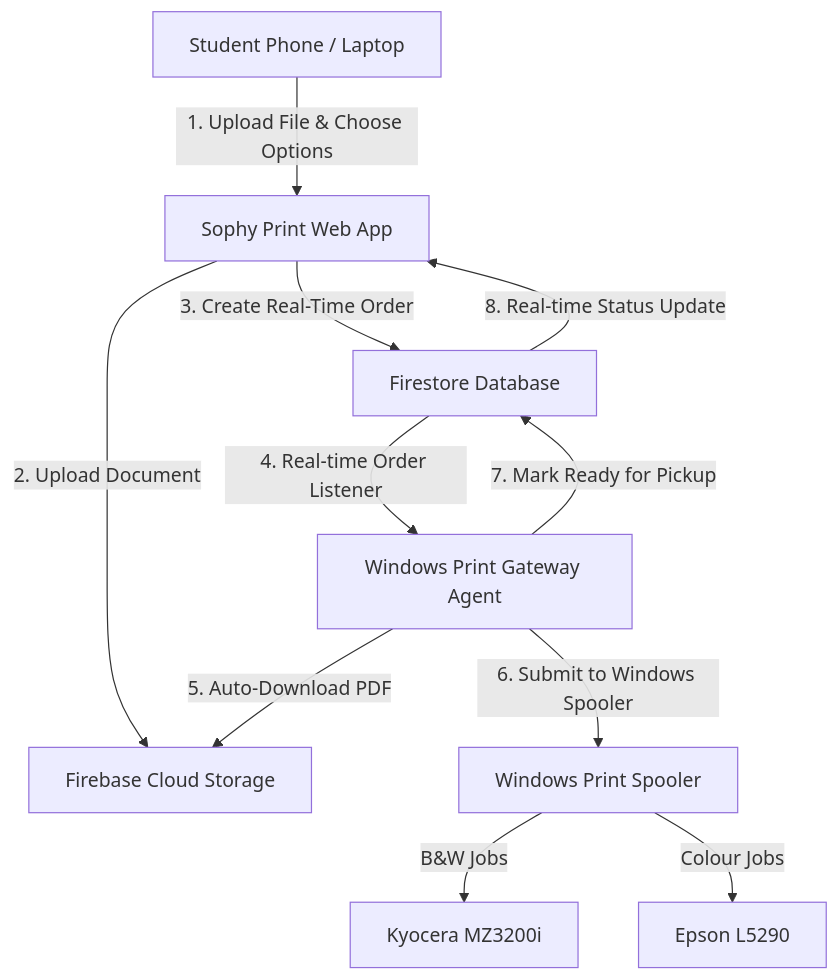
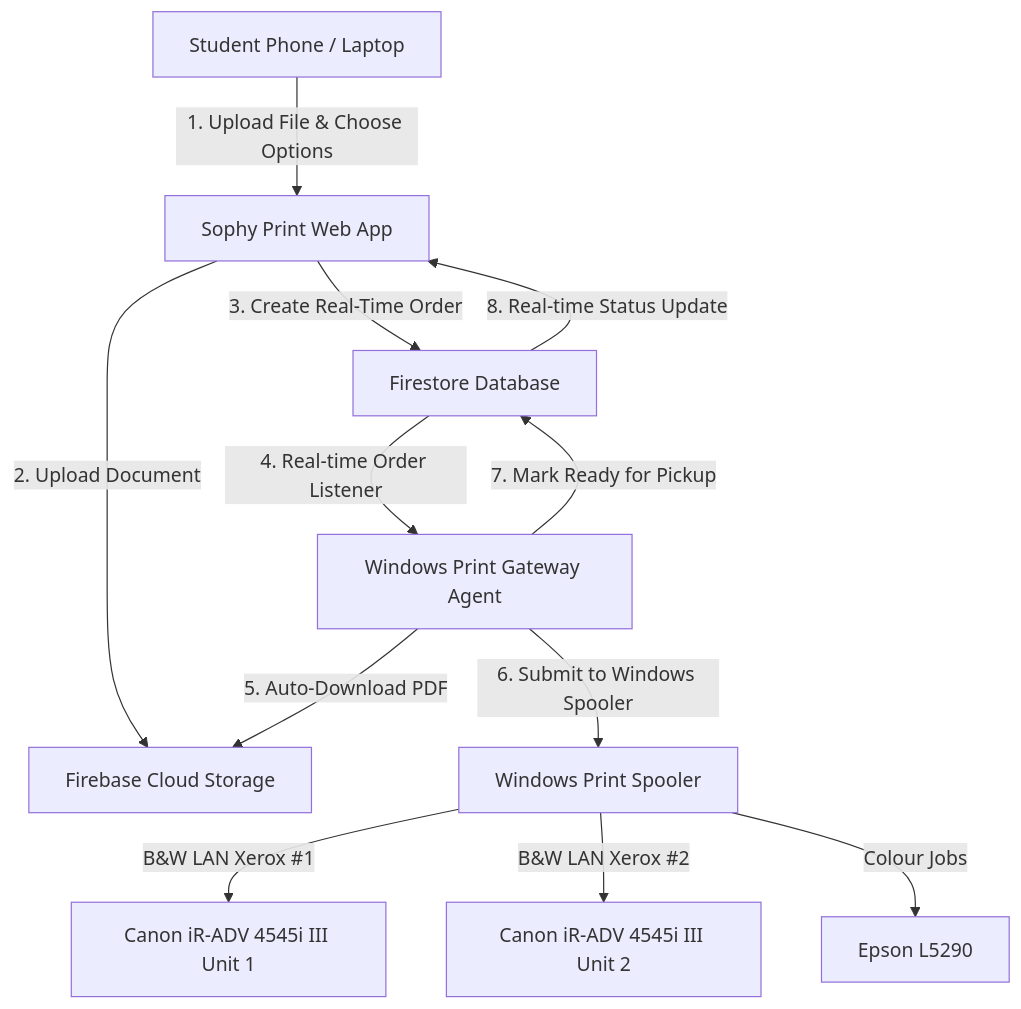
One commit to Doutly/sophy_print changed the diagram in README.md. Above: the diagram before and after it, drawn with Mermaid. The commit also changed other lines of this file and 9 other files, not shown here.

Commit message:
feat(hardware): integrate dual Canon imageRUNNER ADVANCE 4545i III LAN printers with round-robin spooling

````diff
--- a/README.md
+++ b/README.md
@@ -27,13 +27,14 @@
 ```mermaid
 graph TD
     A[Student Phone / Laptop] -->|1. Upload File & Choose Options| B[Sophy Print Web App]
     B -->|2. Upload Document| C[Firebase Cloud Storage]
     B -->|3. Create Real-Time Order| D[Firestore Database]
     D -->|4. Real-time Order Listener| E[Windows Print Gateway Agent]
     E -->|5. Auto-Download PDF| C
     E -->|6. Submit to Windows Spooler| F[Windows Print Spooler]
-    F -->|B&W Jobs| G[Kyocera MZ3200i]
-    F -->|Colour Jobs| H[Epson L5290]
+    F -->|B&W LAN Xerox #1| G[Canon iR-ADV 4545i III Unit 1]
+    F -->|B&W LAN Xerox #2| H[Canon iR-ADV 4545i III Unit 2]
+    F -->|Colour Jobs| I[Epson L5290]
     E -->|7. Mark Ready for Pickup| D
     D -->|8. Real-time Status Update| B
 ```
````
